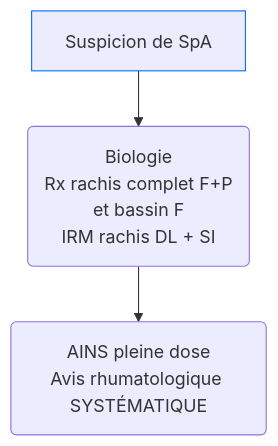
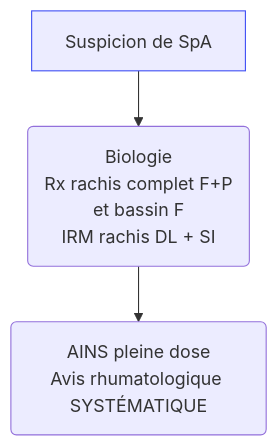
Before and after one commit to djibe/recommandations-medicales: the diagram in content/recommandations/spondylarthrite-ankylosante.md, drawn with Mermaid. The commit also changed 58 other files, not shown here.

```diff
--- a/content/recommandations/spondylarthrite-ankylosante.md
+++ b/content/recommandations/spondylarthrite-ankylosante.md
@@ -335,6 +335,6 @@
 {{< mermaid title="Conduite à tenir devant une suspicion de spondylarthrite ankylosante. Dr JB FRON d'après SFRhumato 2018" >}}
 graph TB
   suspicion[Suspicion de SpA] --> bilan("Biologie<br>Rx rachis complet F+P<br>et bassin F<br>IRM rachis DL + SI") --> rhumato("AINS pleine dose<br>Avis rhumatologique SYSTÉMATIQUE")
-  style suspicion stroke:#006ef4, stroke-width:1px
+  style suspicion stroke:#4150f5, stroke-width:1px
 
 {{< /mermaid >}}
```
